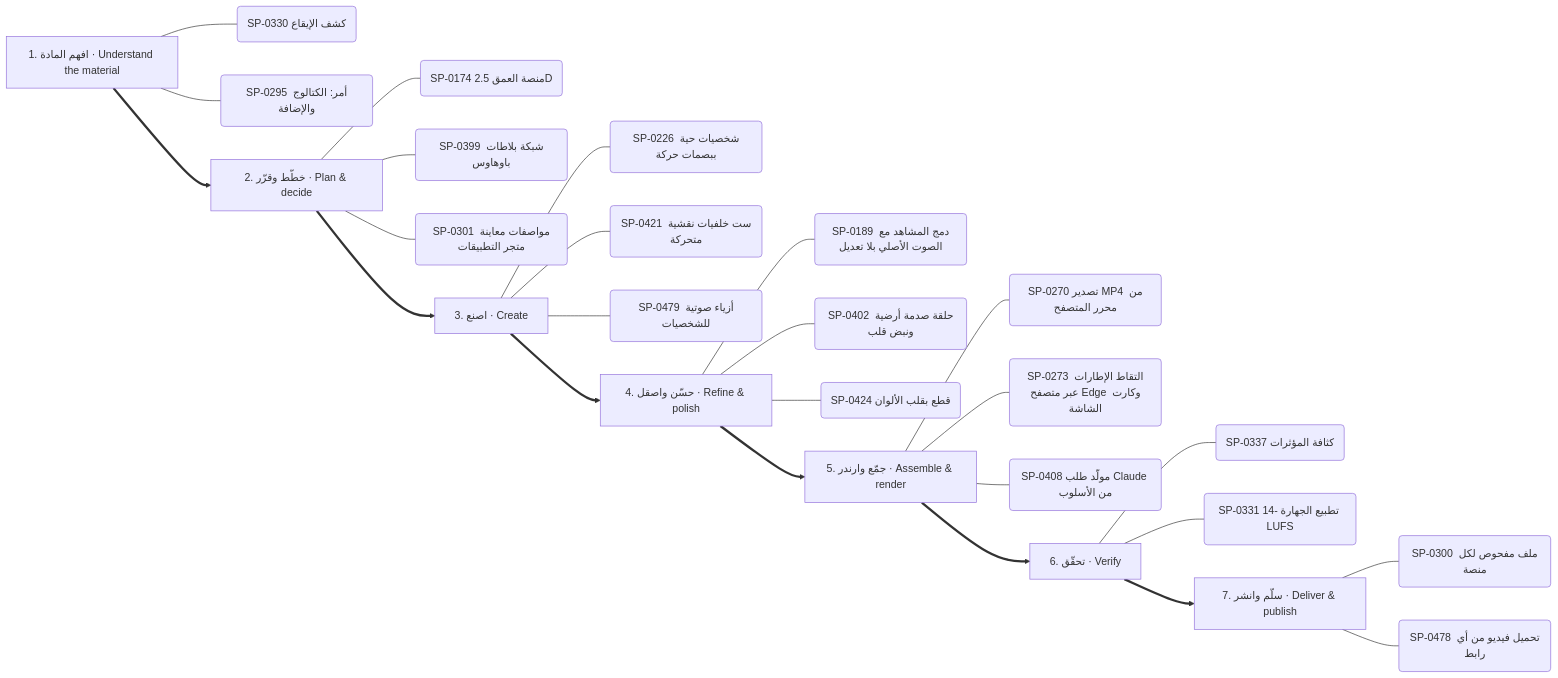
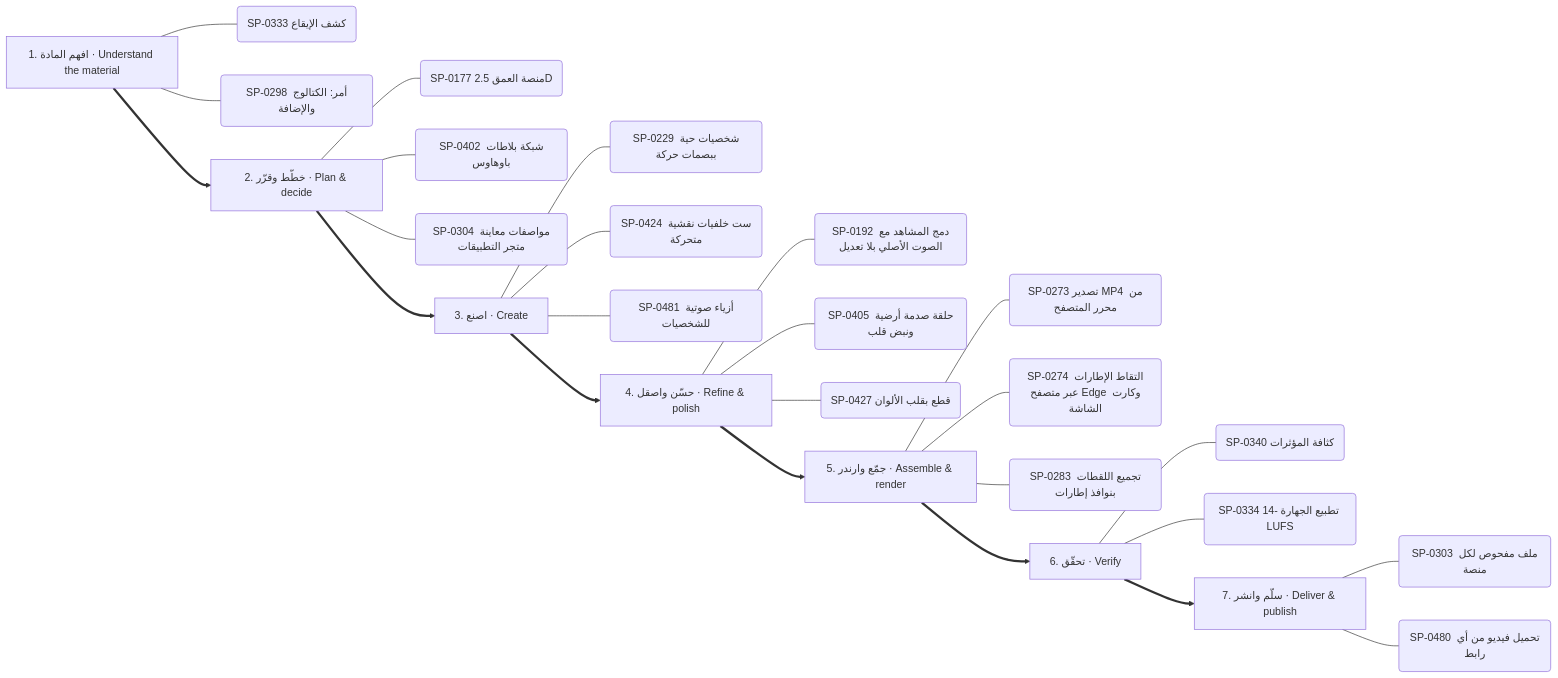
Before and after one commit to kosif199022-jpg/kosif-tool: the fourth of 13 diagrams in .claude/skills/kosif-superpowers/references/capability-mindmap.md, drawn with Mermaid. The commit also changed other lines of this file and 153 other files, not shown here.

````diff
--- a/.claude/skills/kosif-superpowers/references/capability-mindmap.md
+++ b/.claude/skills/kosif-superpowers/references/capability-mindmap.md
@@ -229,34 +225,34 @@
 ```mermaid
 flowchart LR
   S0["1. افهم المادة · Understand the material"]
-  S0 --- S0_0("SP-0330 كشف الإيقاع")
-  S0 --- S0_1("SP-0295 أمر: الكتالوج والإضافة")
+  S0 --- S0_0("SP-0333 كشف الإيقاع")
+  S0 --- S0_1("SP-0298 أمر: الكتالوج والإضافة")
   S1["2. خطّط وقرّر · Plan & decide"]
-  S1 --- S1_0("SP-0174 منصة العمق 2.5D")
-  S1 --- S1_1("SP-0399 شبكة بلاطات باوهاوس")
-  S1 --- S1_2("SP-0301 مواصفات معاينة متجر التطبيقات")
+  S1 --- S1_0("SP-0177 منصة العمق 2.5D")
+  S1 --- S1_1("SP-0402 شبكة بلاطات باوهاوس")
+  S1 --- S1_2("SP-0304 مواصفات معاينة متجر التطبيقات")
   S0 ==> S1
   S2["3. اصنع · Create"]
-  S2 --- S2_0("SP-0226 شخصيات حية ببصمات حركة")
-  S2 --- S2_1("SP-0421 ست خلفيات نقشية متحركة")
-  S2 --- S2_2("SP-0479 أزياء صوتية للشخصيات")
+  S2 --- S2_0("SP-0229 شخصيات حية ببصمات حركة")
+  S2 --- S2_1("SP-0424 ست خلفيات نقشية متحركة")
+  S2 --- S2_2("SP-0481 أزياء صوتية للشخصيات")
   S1 ==> S2
   S3["4. حسّن واصقل · Refine & polish"]
-  S3 --- S3_0("SP-0189 دمج المشاهد مع الصوت الأصلي بلا تعديل")
-  S3 --- S3_1("SP-0402 حلقة صدمة أرضية ونبض قلب")
-  S3 --- S3_2("SP-0424 قطع بقلب الألوان")
+  S3 --- S3_0("SP-0192 دمج المشاهد مع الصوت الأصلي بلا تعديل")
+  S3 --- S3_1("SP-0405 حلقة صدمة أرضية ونبض قلب")
+  S3 --- S3_2("SP-0427 قطع بقلب الألوان")
   S2 ==> S3
   S4["5. جمّع وارندر · Assemble & render"]
-  S4 --- S4_0("SP-0270 تصدير MP4 من محرر المتصفح")
-  S4 --- S4_1("SP-0273 التقاط الإطارات عبر متصفح Edge وكارت الشاشة")
-  S4 --- S4_2("SP-0408 مولّد طلب Claude من الأسلوب")
+  S4 --- S4_0("SP-0273 تصدير MP4 من محرر المتصفح")
+  S4 --- S4_1("SP-0274 التقاط الإطارات عبر متصفح Edge وكارت الشاشة")
+  S4 --- S4_2("SP-0283 تجميع اللقطات بنوافذ إطارات")
   S3 ==> S4
   S5["6. تحقّق · Verify"]
-  S5 --- S5_0("SP-0337 كثافة المؤثرات")
-  S5 --- S5_1("SP-0331 تطبيع الجهارة -14 LUFS")
+  S5 --- S5_0("SP-0340 كثافة المؤثرات")
+  S5 --- S5_1("SP-0334 تطبيع الجهارة -14 LUFS")
   S4 ==> S5
   S6["7. سلّم وانشر · Deliver & publish"]
-  S6 --- S6_0("SP-0300 ملف مفحوص لكل منصة")
-  S6 --- S6_1("SP-0478 تحميل فيديو من أي رابط")
+  S6 --- S6_0("SP-0303 ملف مفحوص لكل منصة")
+  S6 --- S6_1("SP-0480 تحميل فيديو من أي رابط")
   S5 ==> S6
 ```
````
